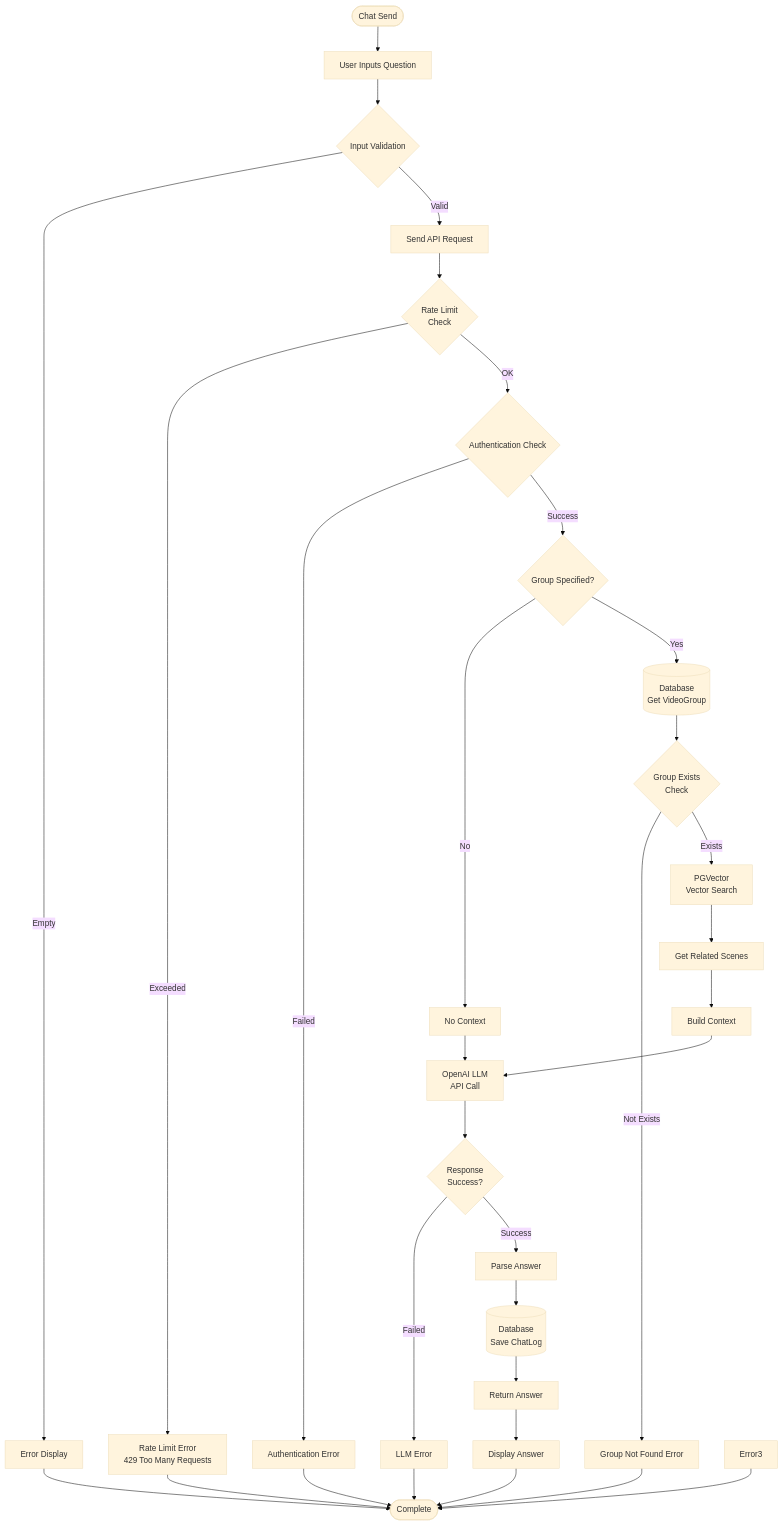
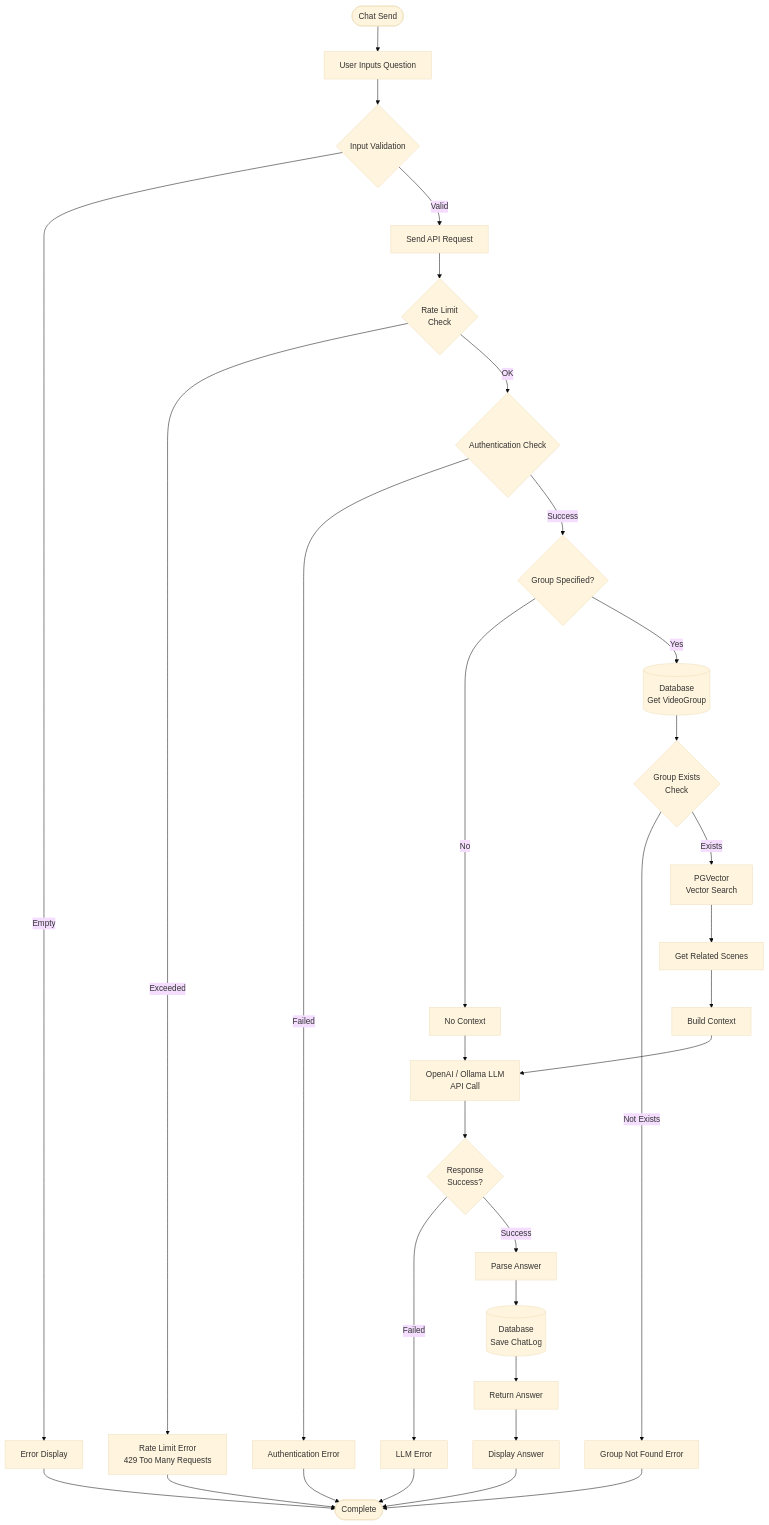
The second of 11 diagrams in docs/architecture/flowchart.md (yukiharada1228/videoq), drawn with Mermaid (base theme) before and after one commit. The commit also changed other lines of this file and 14 other files, not shown here.

First line of the commit message:
docs: sync architecture and design diagrams with latest implementation

````diff
--- a/docs/architecture/flowchart.md
+++ b/docs/architecture/flowchart.md
@@ -60,35 +59,34 @@
 ```mermaid
 flowchart TD
     Start([Chat Send]) --> Input[User Inputs Question]
     Input --> Validate1{Input Validation}
     Validate1 -->|Empty| Error1[Error Display]
     Validate1 -->|Valid| Send[Send API Request]
     Send --> RateLimit{"Rate Limit<br>Check"}
     RateLimit -->|Exceeded| Error6[Rate Limit Error<br/>429 Too Many Requests]
     RateLimit -->|OK| Auth{Authentication Check}
     Auth -->|Failed| Error2[Authentication Error]
     Auth -->|Success| CheckGroup{Group Specified?}
     CheckGroup -->|No| NoContext[No Context]
     CheckGroup -->|Yes| GetGroup[(Database<br/>Get VideoGroup)]
     GetGroup --> ValidateGroup{"Group Exists<br>Check"}
     ValidateGroup -->|Not Exists| Error4[Group Not Found Error]
     ValidateGroup -->|Exists| VectorSearch[PGVector<br/>Vector Search]
     VectorSearch --> GetScenes[Get Related Scenes]
     GetScenes --> BuildContext[Build Context]
-    BuildContext --> CallLLM[OpenAI LLM<br/>API Call]
+    BuildContext --> CallLLM[OpenAI / Ollama LLM<br/>API Call]
     NoContext --> CallLLM
     CallLLM --> CheckResponse{"Response<br>Success?"}
     CheckResponse -->|Failed| Error5[LLM Error]
     CheckResponse -->|Success| ParseAnswer[Parse Answer]
     ParseAnswer --> SaveLog[(Database<br/>Save ChatLog)]
     SaveLog --> ReturnAnswer[Return Answer]
     ReturnAnswer --> Display[Display Answer]
     Display --> End([Complete])
     
     Error1 --> End
     Error2 --> End
-    Error3 --> End
     Error4 --> End
     Error5 --> End
     Error6 --> End
 ```
````
